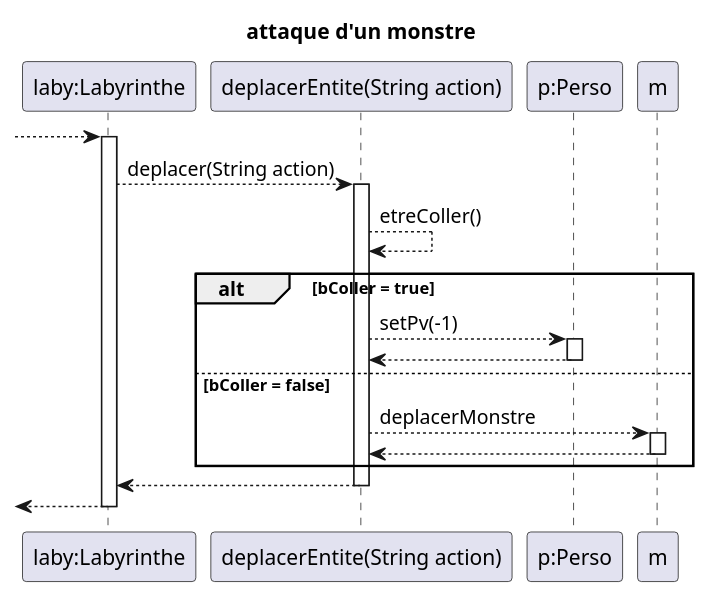
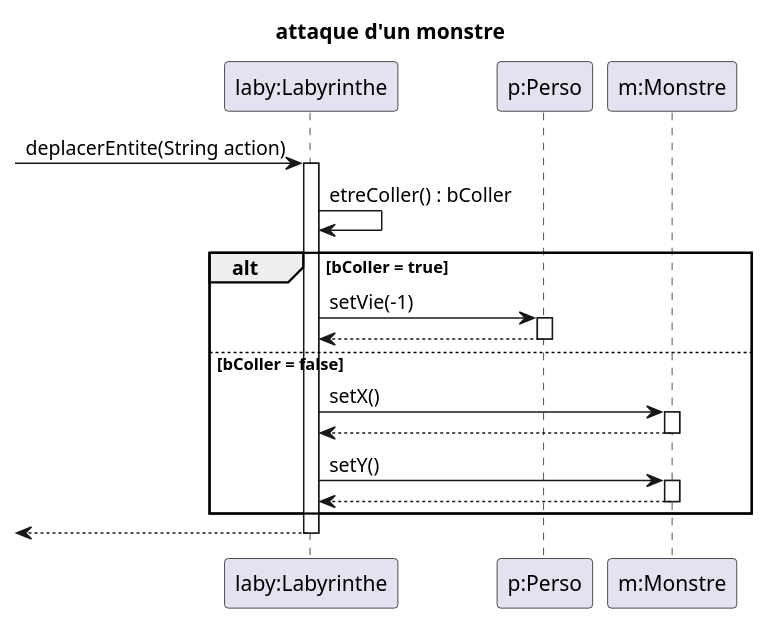
Before and after one commit to Jean-BaptisteEvan/2022_Zeldiablo_jeandidi3u_hary16u_jeanbap14u_dirand13u: the diagram in zeldiablo/documents/version_3/DiagSeq_AttaqueMonstre.puml, drawn with PlantUML.

Commit message:
correction diagSeq de attaque monstre

```diff
--- a/zeldiablo/documents/version_3/DiagSeq_AttaqueMonstre.puml
+++ b/zeldiablo/documents/version_3/DiagSeq_AttaqueMonstre.puml
@@ -1,32 +1,30 @@
 @startuml
 
 title attaque d'un monstre
 participant "laby:Labyrinthe" as laby
-participant "deplacerEntite(String action)" as deplacer
---> laby
 participant "p:Perso" as perso
+participant "m:Monstre" as m
+-> laby : deplacerEntite(String action)
 activate laby
-
-  laby --> deplacer : deplacer(String action)
-    activate deplacer
-      deplacer  --> deplacer : etreColler()
+        laby -> laby : etreColler() : bColler
       alt bColler = true
-
-        deplacer --> perso : setPv(-1)
-        activate perso
-        perso --> deplacer
-        deactivate perso
+           laby -> perso : setVie(-1)
+           activate perso
+           perso --> laby
+           deactivate perso
       else bColler = false
-        deplacer --> m : deplacerMonstre
-        activate m
-        m --> deplacer
-        deactivate m
+            laby -> m : setX()
+            activate m
+            laby <-- m
+            deactivate m
+            laby -> m : setY()
+            activate m
+            laby <-- m
+            deactivate m
 
       end
-      laby <-- deplacer
-    deactivate deplacer
   <-- laby
 deactivate laby
 
 
 @enduml
```
